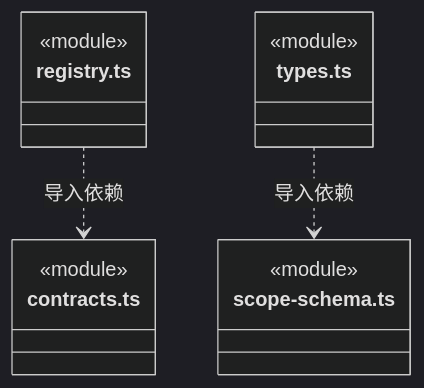
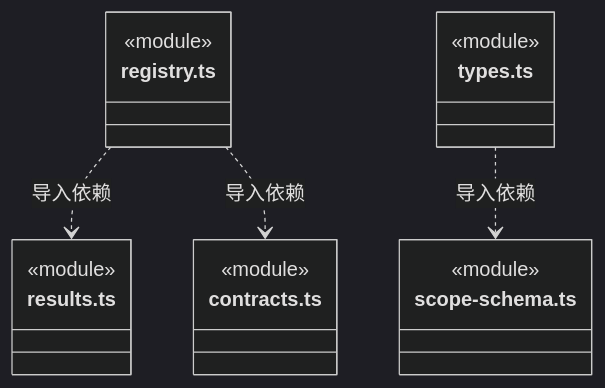
Before and after one commit to nan023062/cbim: diagram 15 of 16 in src/backend/core/tools/ARCHITECTURE.md, drawn with Mermaid (dark theme). The commit also changed other lines of this file and 44 other files, not shown here.

````diff
--- a/src/backend/core/tools/ARCHITECTURE.md
+++ b/src/backend/core/tools/ARCHITECTURE.md
@@ -291,17 +334,21 @@
 ```mermaid
 classDiagram
 class N_src_backend_core_tools_registry_ts["registry.ts"] {
+  <<module>>
+}
+class N_src_backend_core_tools_results_ts["results.ts"] {
   <<module>>
 }
 class N_src_backend_core_tools_contracts_ts["contracts.ts"] {
   <<module>>
 }
 class N_src_backend_core_tools_types_ts["types.ts"] {
   <<module>>
 }
 class N_src_backend_core_tools_scope_schema_ts["scope-schema.ts"] {
   <<module>>
 }
+N_src_backend_core_tools_registry_ts ..> N_src_backend_core_tools_results_ts : 导入依赖
 N_src_backend_core_tools_registry_ts ..> N_src_backend_core_tools_contracts_ts : 导入依赖
 N_src_backend_core_tools_types_ts ..> N_src_backend_core_tools_scope_schema_ts : 导入依赖
 ```
````
